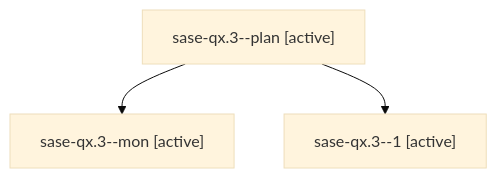
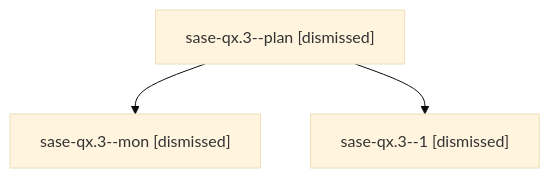
The diagram in sessions/bbugyi200.athena.sase-qx.3.md (sase-org/sase--agents), drawn with Mermaid (base theme) before and after one commit. The commit also changed other lines of this file and 150 other files, not shown here.

````diff
--- a/sessions/bbugyi200.athena.sase-qx.3.md
+++ b/sessions/bbugyi200.athena.sase-qx.3.md
@@ -9,8 +9,8 @@
 ```mermaid
 flowchart TD
-  n0["sase-qx.3--plan [active]"]
-  n1["sase-qx.3--mon [active]"]
+  n0["sase-qx.3--plan [dismissed]"]
+  n1["sase-qx.3--mon [dismissed]"]
   n0 --> n1
-  n2["sase-qx.3--1 [active]"]
+  n2["sase-qx.3--1 [dismissed]"]
   n0 --> n2
 ```
````
